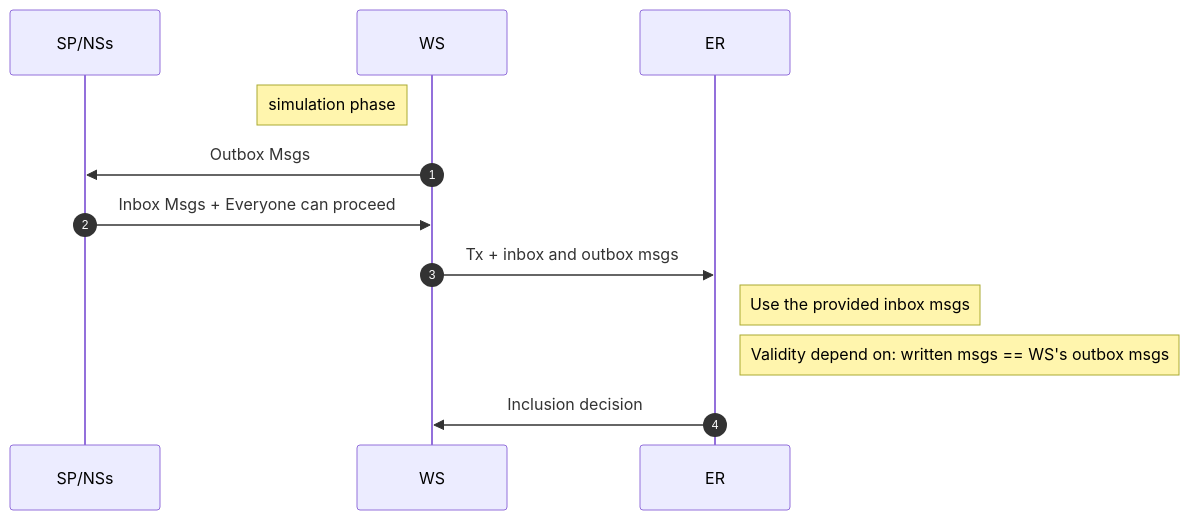
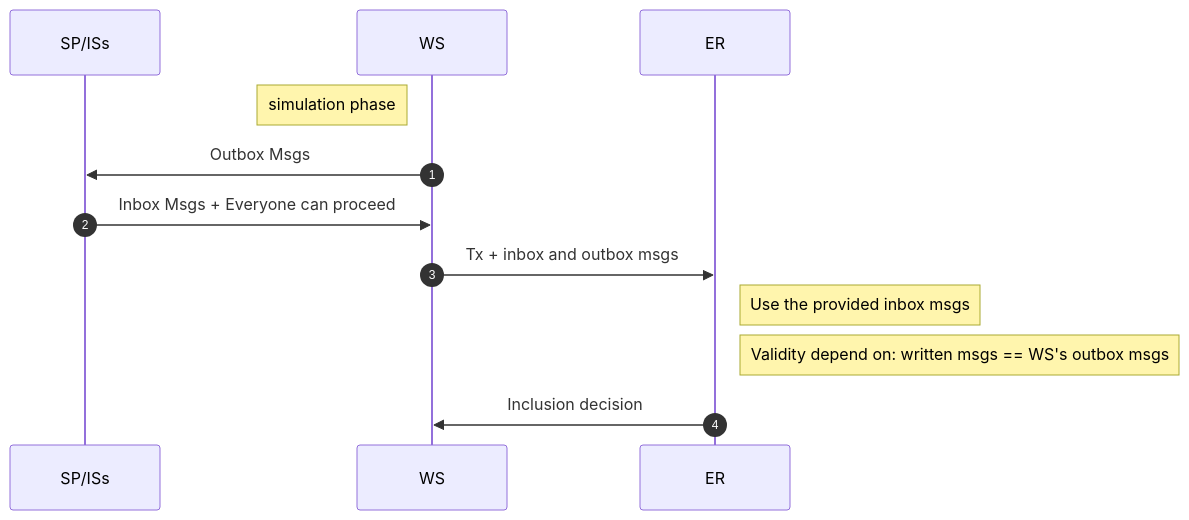
One commit to compose-network/specs changed the first of 5 diagrams in cross_domain_composability_protocol.md. Above: the diagram before and after it, drawn with Mermaid. The commit also changed other lines of this file, not shown here.

````diff
--- a/cross_domain_composability_protocol.md
+++ b/cross_domain_composability_protocol.md
@@ -81,19 +81,19 @@
 ```mermaid
 sequenceDiagram
     autonumber
 
-    participant SP/NSs
+    participant SP/ISs
     participant WS
     participant ER
 
     Note left of WS: simulation phase
-    WS->>SP/NSs: Outbox Msgs
-    SP/NSs->>WS: Inbox Msgs + Everyone can proceed
+    WS->>SP/ISs: Outbox Msgs
+    SP/ISs->>WS: Inbox Msgs + Everyone can proceed
     
     WS->>ER: Tx + inbox and outbox msgs
     
     Note right of ER: Use the provided inbox msgs
     Note right of ER: Validity depend on: written msgs == WS's outbox msgs
     
     ER->>WS: Inclusion decision
 ```
````
